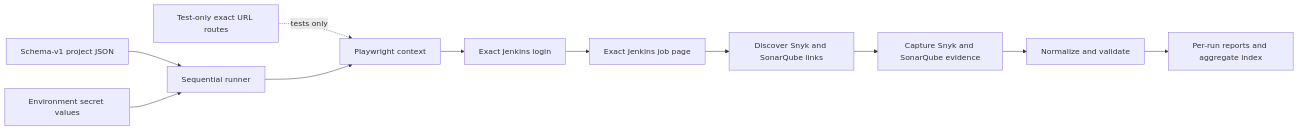
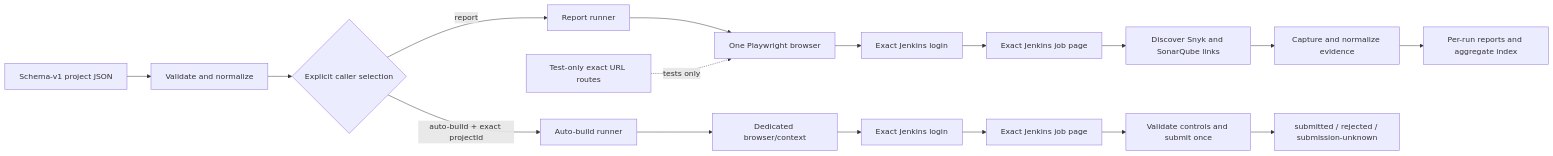
Before and after one commit to loidinhm31/auto-jobs: the diagram in docs/architecture.md, drawn with Mermaid. The commit also changed other lines of this file and 20 other files, not shown here.

Commit message:
feat(jenkins): implement target-branch auto-build workflow and runner

````diff
--- a/docs/architecture.md
+++ b/docs/architecture.md
@@ -45,13 +53,19 @@
 ```mermaid
 flowchart LR
-  Config[Schema-v1 project JSON] --> Runner[Sequential runner]
-  Secrets[Environment secret values] --> Runner
-  TestRoutes[Test-only exact URL routes] -. tests only .-> Browser
-  Runner --> Browser[Playwright context]
+  Config[Schema-v1 project JSON] --> Normalize[Validate and normalize]
+  Normalize --> Dispatch{Explicit caller selection}
+  Dispatch -- report --> ReportRunner[Report runner]
+  ReportRunner --> Browser[One Playwright browser]
   Browser --> Login[Exact Jenkins login]
   Login --> Job[Exact Jenkins job page]
   Job --> Discover[Discover Snyk and SonarQube links]
-  Discover --> Capture[Capture Snyk and SonarQube evidence]
-  Capture --> Normalize[Normalize and validate]
-  Normalize --> Reports[Per-run reports and aggregate index]
+  Discover --> Capture[Capture and normalize evidence]
+  Capture --> Reports[Per-run reports and aggregate index]
+  Dispatch -- auto-build + exact projectId --> BuildRunner[Auto-build runner]
+  BuildRunner --> BuildBrowser[Dedicated browser/context]
+  BuildBrowser --> BuildLogin[Exact Jenkins login]
+  BuildLogin --> BuildJob[Exact Jenkins job page]
+  BuildJob --> Trigger[Validate controls and submit once]
+  Trigger --> BuildResult[submitted / rejected / submission-unknown]
+  TestRoutes[Test-only exact URL routes] -. tests only .-> Browser
 ```
````
